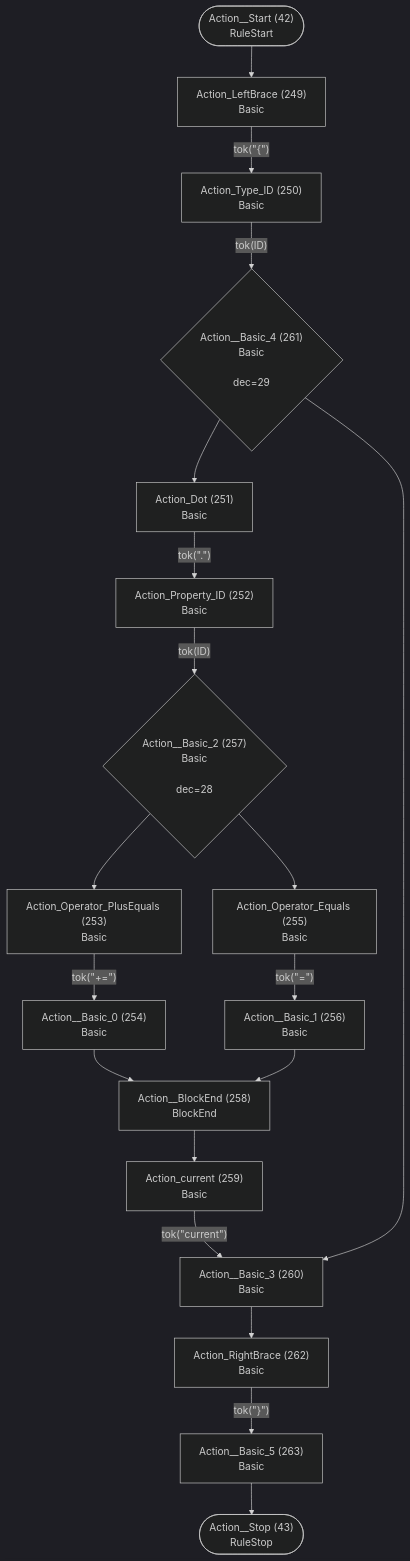
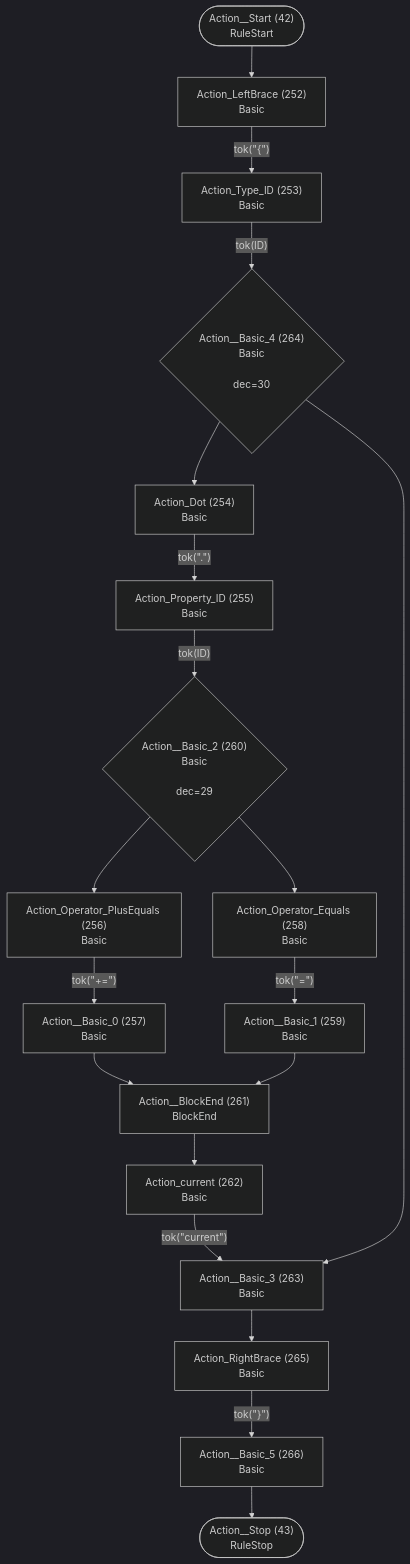
Before and after one commit to TypeFox/fastbelt: diagram 22 of 26 in internal/grammar/atn.md, drawn with Mermaid (dark theme). The commit also changed other lines of this file and 16 other files, not shown here.

````diff
--- a/internal/grammar/atn.md
+++ b/internal/grammar/atn.md
@@ -652,39 +659,39 @@
 ```mermaid
 flowchart TD
     q42(["Action__Start (42)<br/>RuleStart"])
     q43(["Action__Stop (43)<br/>RuleStop"])
-    q249["Action_LeftBrace (249)<br/>Basic<br/>"]
-    q250["Action_Type_ID (250)<br/>Basic<br/>"]
-    q251["Action_Dot (251)<br/>Basic<br/>"]
-    q252["Action_Property_ID (252)<br/>Basic<br/>"]
-    q253["Action_Operator_PlusEquals (253)<br/>Basic<br/>"]
-    q254["Action__Basic_0 (254)<br/>Basic<br/>"]
-    q255["Action_Operator_Equals (255)<br/>Basic<br/>"]
-    q256["Action__Basic_1 (256)<br/>Basic<br/>"]
-    q257{"Action__Basic_2 (257)<br/>Basic<br/><br/>dec=28"}
-    q258["Action__BlockEnd (258)<br/>BlockEnd<br/>"]
-    q259["Action_current (259)<br/>Basic<br/>"]
-    q260["Action__Basic_3 (260)<br/>Basic<br/>"]
-    q261{"Action__Basic_4 (261)<br/>Basic<br/><br/>dec=29"}
-    q262["Action_RightBrace (262)<br/>Basic<br/>"]
-    q263["Action__Basic_5 (263)<br/>Basic<br/>"]
+    q252["Action_LeftBrace (252)<br/>Basic<br/>"]
+    q253["Action_Type_ID (253)<br/>Basic<br/>"]
+    q254["Action_Dot (254)<br/>Basic<br/>"]
+    q255["Action_Property_ID (255)<br/>Basic<br/>"]
+    q256["Action_Operator_PlusEquals (256)<br/>Basic<br/>"]
+    q257["Action__Basic_0 (257)<br/>Basic<br/>"]
+    q258["Action_Operator_Equals (258)<br/>Basic<br/>"]
+    q259["Action__Basic_1 (259)<br/>Basic<br/>"]
+    q260{"Action__Basic_2 (260)<br/>Basic<br/><br/>dec=29"}
+    q261["Action__BlockEnd (261)<br/>BlockEnd<br/>"]
+    q262["Action_current (262)<br/>Basic<br/>"]
+    q263["Action__Basic_3 (263)<br/>Basic<br/>"]
+    q264{"Action__Basic_4 (264)<br/>Basic<br/><br/>dec=30"}
+    q265["Action_RightBrace (265)<br/>Basic<br/>"]
+    q266["Action__Basic_5 (266)<br/>Basic<br/>"]
 
-    q42 --> q249
-    q249 -->|"tok(&quot;{&quot;)"| q250
-    q250 -->|"tok(ID)"| q261
-    q251 -->|"tok(&quot;.&quot;)"| q252
-    q252 -->|"tok(ID)"| q257
-    q253 -->|"tok(&quot;+=&quot;)"| q254
-    q254 --> q258
-    q255 -->|"tok(&quot;=&quot;)"| q256
-    q256 --> q258
-    q257 --> q253
-    q257 --> q255
-    q258 --> q259
-    q259 -->|"tok(&quot;current&quot;)"| q260
-    q260 --> q262
-    q261 --> q251
-    q261 --> q260
-    q262 -->|"tok(&quot;}&quot;)"| q263
-    q263 --> q43
+    q42 --> q252
+    q252 -->|"tok(&quot;{&quot;)"| q253
+    q253 -->|"tok(ID)"| q264
+    q254 -->|"tok(&quot;.&quot;)"| q255
+    q255 -->|"tok(ID)"| q260
+    q256 -->|"tok(&quot;+=&quot;)"| q257
+    q257 --> q261
+    q258 -->|"tok(&quot;=&quot;)"| q259
+    q259 --> q261
+    q260 --> q256
+    q260 --> q258
+    q261 --> q262
+    q262 -->|"tok(&quot;current&quot;)"| q263
+    q263 --> q265
+    q264 --> q254
+    q264 --> q263
+    q265 -->|"tok(&quot;}&quot;)"| q266
+    q266 --> q43
 ```
````
